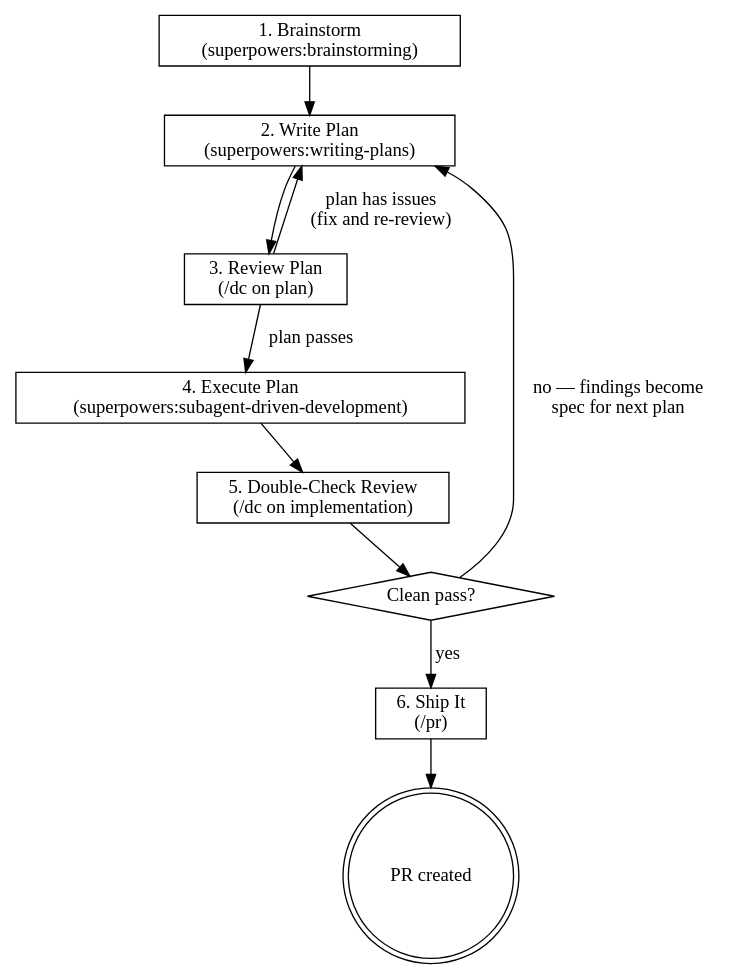
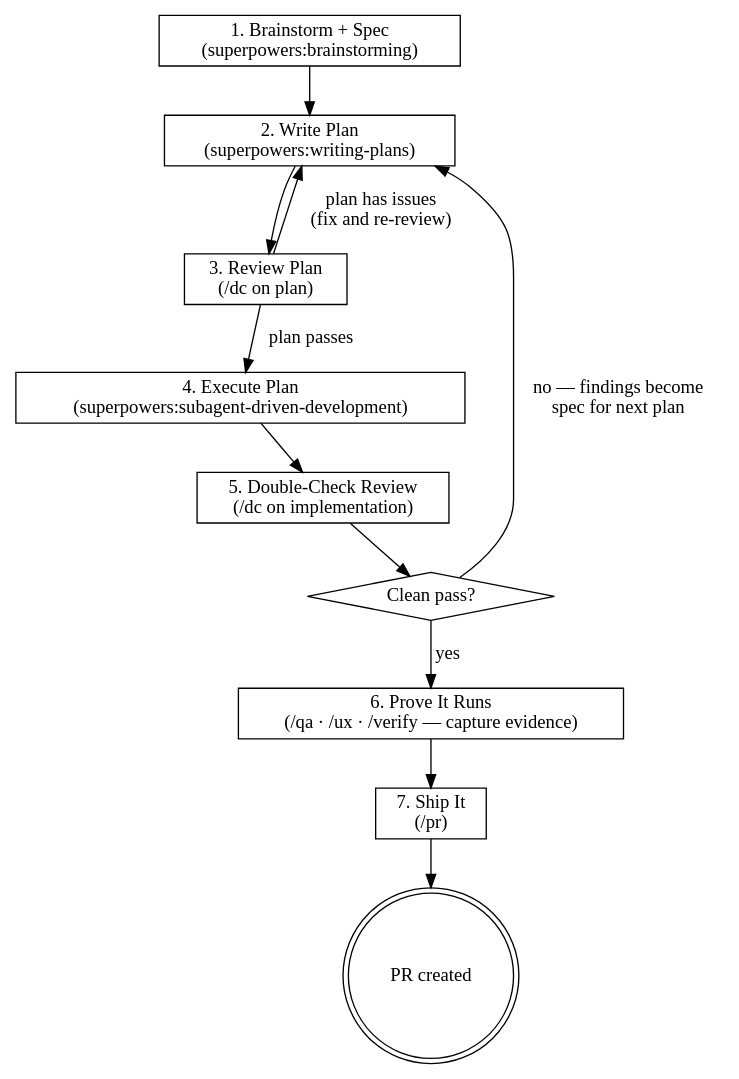
One commit to jackneil/claude-jacked changed the second of 2 diagrams in jacked/data/skills/jack-it-up/SKILL.md. Above: the diagram before and after it, drawn with Graphviz. The commit also changed other lines of this file and 61 other files, not shown here.

````diff
--- a/jacked/data/skills/jack-it-up/SKILL.md
+++ b/jacked/data/skills/jack-it-up/SKILL.md
@@ -43,25 +44,27 @@
 ```dot
 digraph cycle {
     rankdir=TB;
     node [shape=box];
 
-    brainstorm [label="1. Brainstorm\n(superpowers:brainstorming)"];
+    brainstorm [label="1. Brainstorm + Spec\n(superpowers:brainstorming)"];
     plan [label="2. Write Plan\n(superpowers:writing-plans)"];
     review_plan [label="3. Review Plan\n(/dc on plan)"];
     execute [label="4. Execute Plan\n(superpowers:subagent-driven-development)"];
     review_impl [label="5. Double-Check Review\n(/dc on implementation)"];
     clean [shape=diamond, label="Clean pass?"];
-    ship [label="6. Ship It\n(/pr)"];
+    verify [label="6. Prove It Runs\n(/qa · /ux · /verify — capture evidence)"];
+    ship [label="7. Ship It\n(/pr)"];
     done [label="PR created", shape=doublecircle];
 
     brainstorm -> plan;
     plan -> review_plan;
     review_plan -> execute [label="plan passes"];
     review_plan -> plan [label="plan has issues\n(fix and re-review)"];
     execute -> review_impl;
     review_impl -> clean;
-    clean -> ship [label="yes"];
+    clean -> verify [label="yes"];
     clean -> plan [label="no — findings become\nspec for next plan"];
+    verify -> ship;
     ship -> done;
 }
 ```
````
